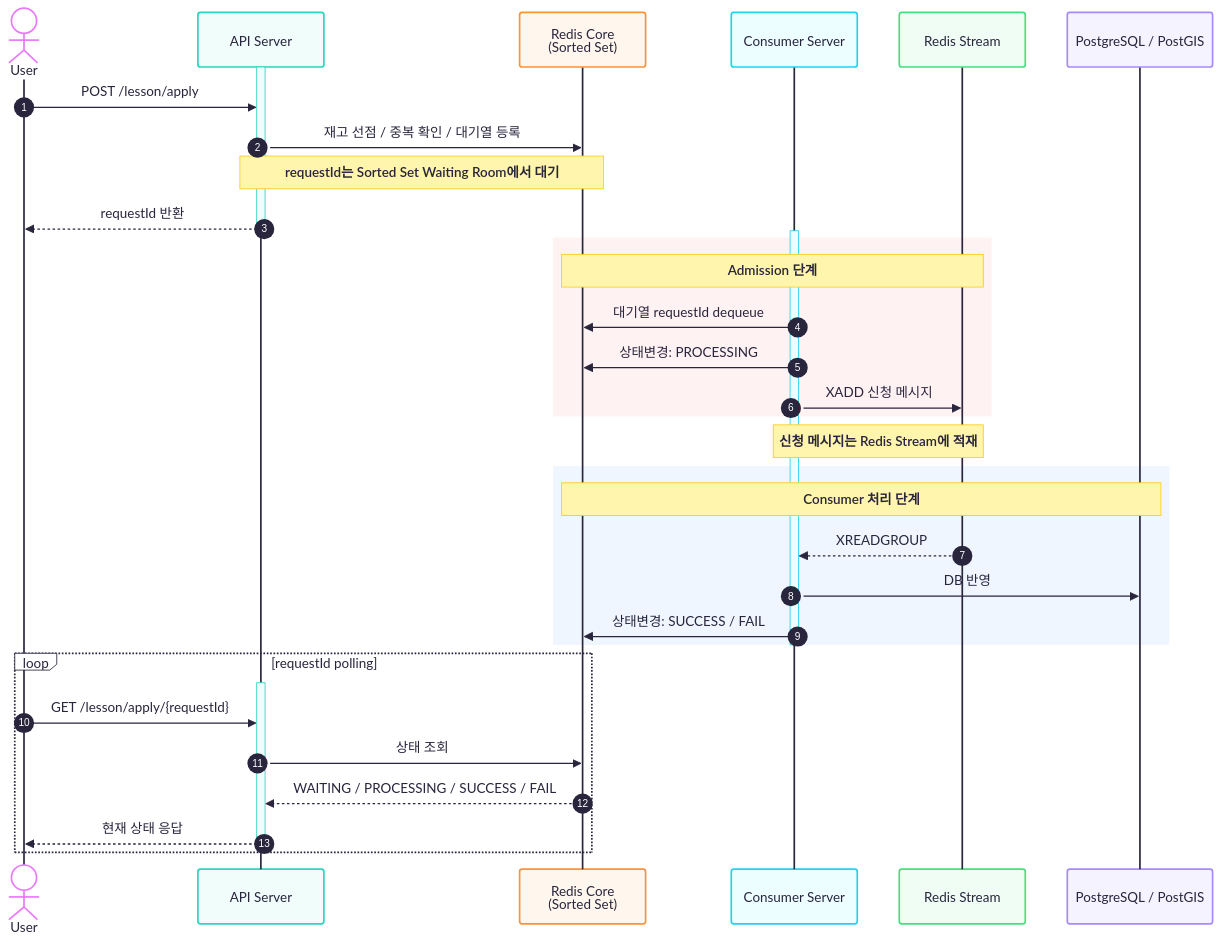
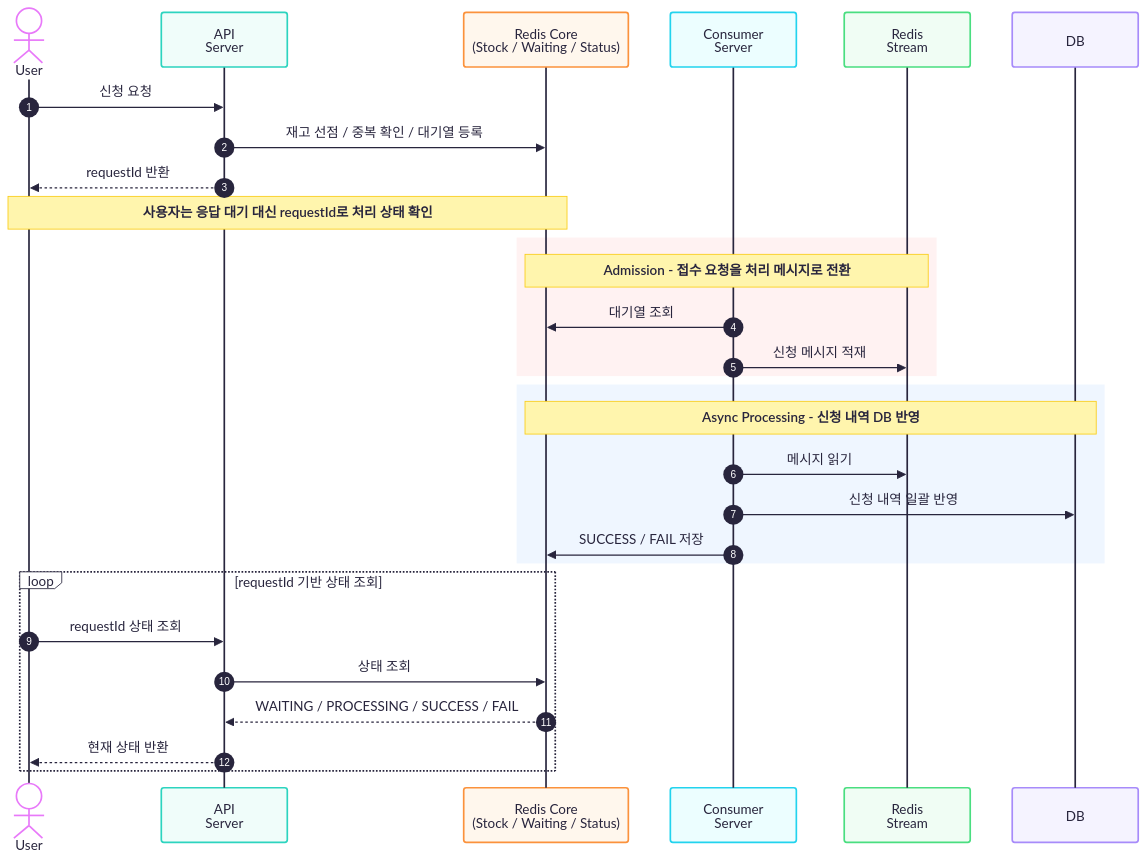
The diagram in README.md (prgrms-web-devcourse-final-project/WEB5_7_3star_BE), drawn with Mermaid before and after one commit. The commit also changed other lines of this file and 2 other files, not shown here.

Commit message:
docs: README 시스템 구조 및 시퀀스 다이어그램 간략화 (#246)

````diff
--- a/README.md
+++ b/README.md
@@ -186,66 +186,64 @@
 ```mermaid
 ---
 config:
   theme: redux-color
   themeCSS: |
     text.actor {
-      font-size: 17px !important;
+      font-size: 19px !important;
+      font-weight: 600 !important;
     }
     .messageText {
-      font-size: 19px !important;
+      font-size: 20px !important;
+    }
+    .noteText {
+      font-size: 18px !important;
+      font-weight: 600 !important;
+    }
+    .labelText {
+      font-size: 18px !important;
+      font-weight: 600 !important;
+    }
+    .loopText {
+      font-size: 18px !important;
+      font-weight: 600 !important;
     }
     .note {
-      fill: #f1f5f9 !important;
+      fill: #f8fafc !important;
       stroke: #cbd5e1 !important;
-    }
-    .noteText {
-      font-size: 17px !important;
-    }
-    .labelText {
-      font-size: 17px !important;
-    }
-    .loopText {
-      font-size: 17px !important;
     }
 ---
 sequenceDiagram
     autonumber
     actor User
-    participant API as API Server
-    participant Core as Redis Core<br/>(Sorted Set)
-    participant Consumer as Consumer Server
-    participant Stream as Redis Stream
-    participant DB as PostgreSQL / PostGIS
+    participant API as API<br/>Server
+    participant Core as Redis Core<br/>(Stock / Waiting / Status)
+    participant Consumer as Consumer<br/>Server
+    participant Stream as Redis<br/>Stream
+    participant DB as DB
 
-    activate API
-    User->>API: POST /lesson/apply
+    User->>API: 신청 요청
     API->>Core: 재고 선점 / 중복 확인 / 대기열 등록
-    Note over API,Core: requestId는 Sorted Set Waiting Room에서 대기
     API-->>User: requestId 반환
-    deactivate API
 
-    activate Consumer
+    Note over User,Core: 사용자는 응답 대기 대신 requestId로 처리 상태 확인
+
     rect rgb(255, 242, 242)
-    Note over Core,Stream: Admission 단계
-    Consumer->>Core: 대기열 requestId dequeue
-    Consumer->>Core: 상태변경: PROCESSING
-    Consumer->>Stream: XADD 신청 메시지
+    Note over Core,Stream: Admission - 접수 요청을 처리 메시지로 전환
+    Consumer->>Core: 대기열 조회
+    Consumer->>Stream: 신청 메시지 적재
     end
-    Note over Consumer,Stream: 신청 메시지는 Redis Stream에 적재
+
     rect rgb(239, 246, 255)
-    Note over Core,DB: Consumer 처리 단계
-    Stream-->>Consumer: XREADGROUP
-    Consumer->>DB: DB 반영
-    Consumer->>Core: 상태변경: SUCCESS / FAIL
+    Note over Core,DB: Async Processing - 신청 내역 DB 반영
+    Consumer->>Stream: 메시지 읽기
+    Consumer->>DB: 신청 내역 일괄 반영
+    Consumer->>Core: SUCCESS / FAIL 저장
     end
-    deactivate Consumer
 
-    loop requestId polling
-        activate API
-        User->>API: GET /lesson/apply/{requestId}
+    loop requestId 기반 상태 조회
+        User->>API: requestId 상태 조회
         API->>Core: 상태 조회
         Core-->>API: WAITING / PROCESSING / SUCCESS / FAIL
-        API-->>User: 현재 상태 응답
-        deactivate API
+        API-->>User: 현재 상태 반환
     end
 ```
````
